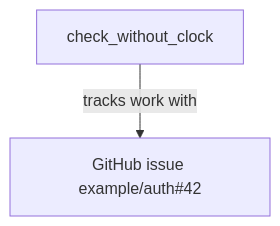
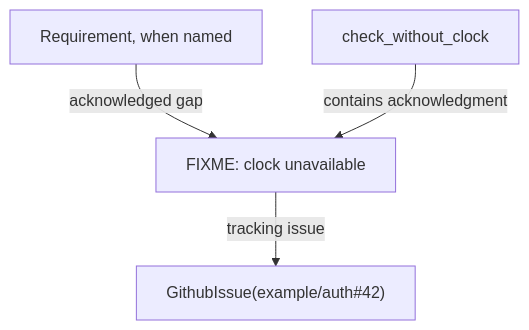
The third of 3 diagrams in md/requirements/sdk/habeas.md (nikomatsakis/habeas-codicem), drawn with Mermaid before and after one commit. The commit also changed other lines of this file and 38 other files, not shown here.

````diff
--- a/md/requirements/sdk/habeas.md
+++ b/md/requirements/sdk/habeas.md
@@ -257,4 +300,6 @@
 ```mermaid
 flowchart TD
-    F["check_without_clock"] -->|tracks work with| G["GitHub issue example/auth#42"]
+    R["Requirement, when named"] -->|acknowledged gap| F["FIXME: clock unavailable"]
+    F -->|tracking issue| G["GithubIssue(example/auth#42)"]
+    Source["check_without_clock"] -->|contains acknowledgment| F
 ```
````
